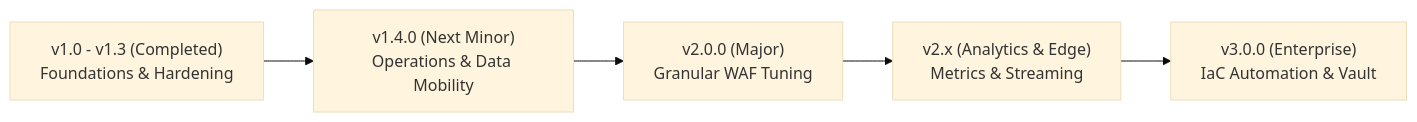
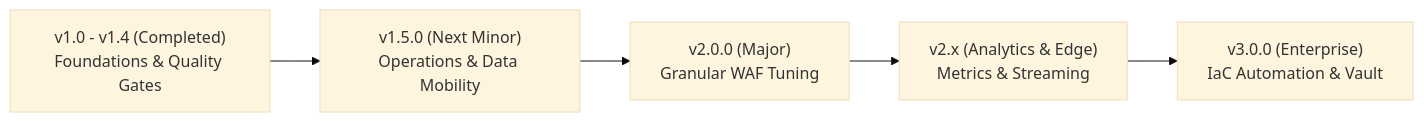
The diagram in ROADMAP.md (Developmi/caddy-waf-ui), drawn with Mermaid (base theme) before and after one commit. The commit also changed other lines of this file and 3 other files, not shown here.

````diff
--- a/ROADMAP.md
+++ b/ROADMAP.md
@@ -11,7 +11,7 @@
 ```mermaid
 flowchart LR
-    A["v1.0 - v1.3 (Completed)\nFoundations & Hardening"] --> B["v1.4.0 (Next Minor)\nOperations & Data Mobility"]
+    A["v1.0 - v1.4 (Completed)\nFoundations & Quality Gates"] --> B["v1.5.0 (Next Minor)\nOperations & Data Mobility"]
     B --> C["v2.0.0 (Major)\nGranular WAF Tuning"]
     C --> D["v2.x (Analytics & Edge)\nMetrics & Streaming"]
     D --> E["v3.0.0 (Enterprise)\nIaC Automation & Vault"]
 ```
````
